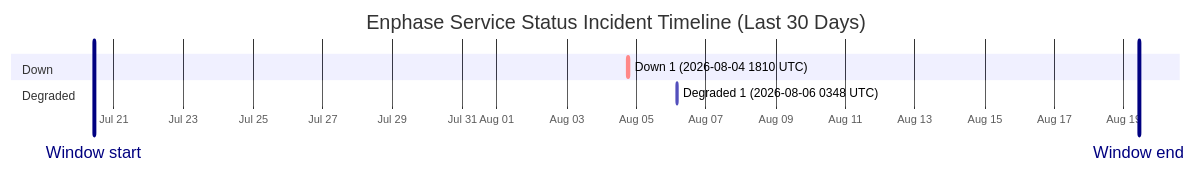
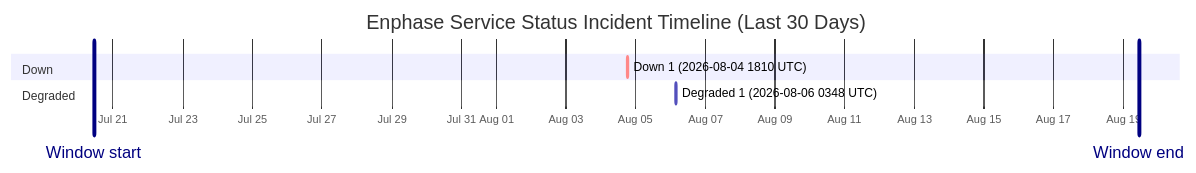
One commit to barneyonline/ha-enphase-energy changed the diagram in wiki/Service-Status-History.md. Above: the diagram before and after it, drawn with Mermaid. The commit also changed other lines of this file and 3 other files, not shown here.

````diff
--- a/wiki/Service-Status-History.md
+++ b/wiki/Service-Status-History.md
@@ -14,12 +14,12 @@
 ```mermaid
 gantt
     title Enphase Service Status Incident Timeline (Last 30 Days)
     dateFormat  YYYY-MM-DDTHH:mm:ss
     axisFormat  %b %d
-    Window start :vert, window-start, 2026-07-20T10:26:10, 0ms
-    Window end :vert, window-end, 2026-08-19T10:26:10, 0ms
+    Window start :vert, window-start, 2026-07-20T10:54:52, 0ms
+    Window end :vert, window-end, 2026-08-19T10:54:52, 0ms
     section Down
     Down 1 (2026-08-04 1810 UTC) :crit, down-1, 2026-08-04T18:10:46, 60m
     section Degraded
     Degraded 1 (2026-08-06 0348 UTC) :active, degraded-1, 2026-08-06T03:48:14, 60m
 ```
````
